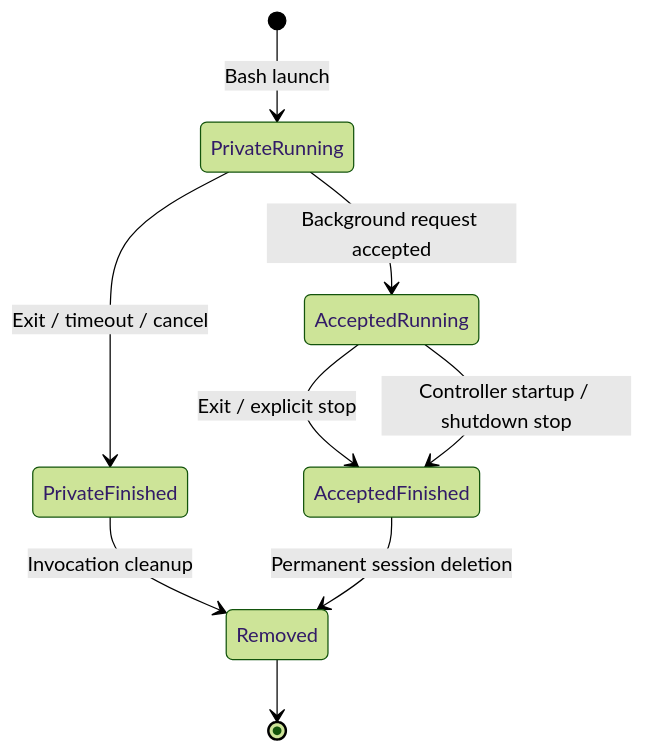
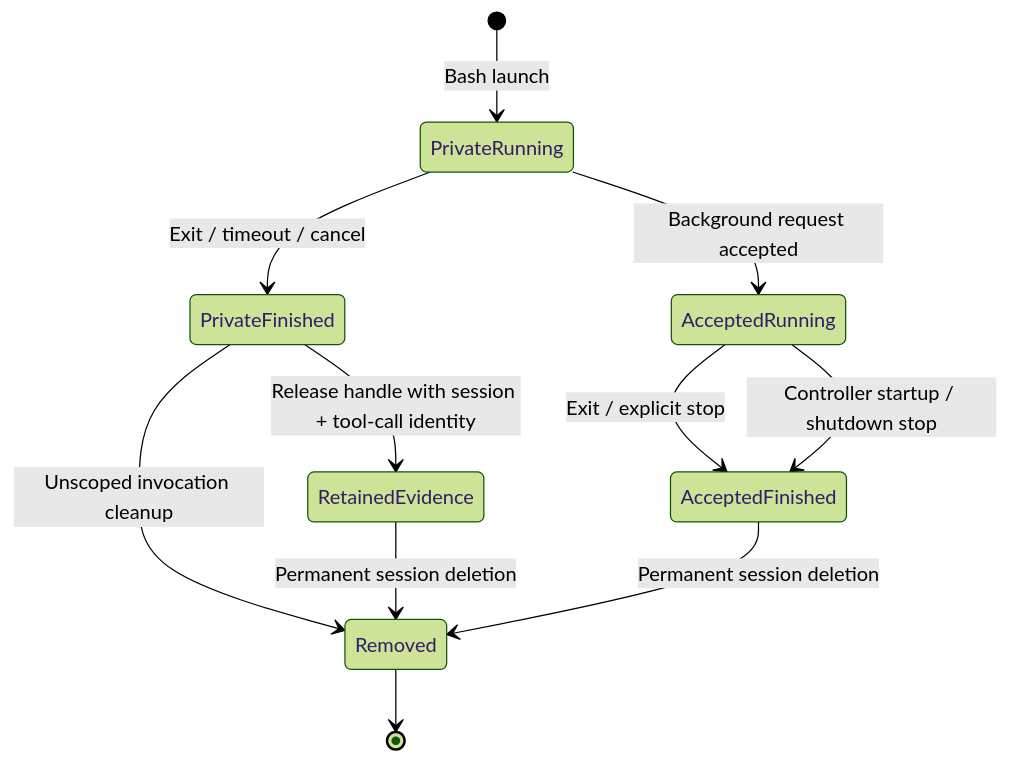
Before and after one commit to ineersa/agent-core: the first of 2 diagrams in architecture/backgrounding.md, drawn with Mermaid (forest theme). The commit also changed other lines of this file and 3 other files, not shown here.

Commit message:
Correct extension setup limits and retained Bash evidence docs

````diff
--- a/architecture/backgrounding.md
+++ b/architecture/backgrounding.md
@@ -11,11 +11,13 @@
 ```mermaid
 stateDiagram-v2
     [*] --> PrivateRunning: Bash launch
     PrivateRunning --> PrivateFinished: Exit / timeout / cancel
     PrivateRunning --> AcceptedRunning: Background request accepted
-    PrivateFinished --> Removed: Invocation cleanup
+    PrivateFinished --> RetainedEvidence: Release handle with session + tool-call identity
+    PrivateFinished --> Removed: Unscoped invocation cleanup
+    RetainedEvidence --> Removed: Permanent session deletion
     AcceptedRunning --> AcceptedFinished: Exit / explicit stop
     AcceptedRunning --> AcceptedFinished: Controller startup / shutdown stop
     AcceptedFinished --> Removed: Permanent session deletion
     Removed --> [*]
 ```
````
